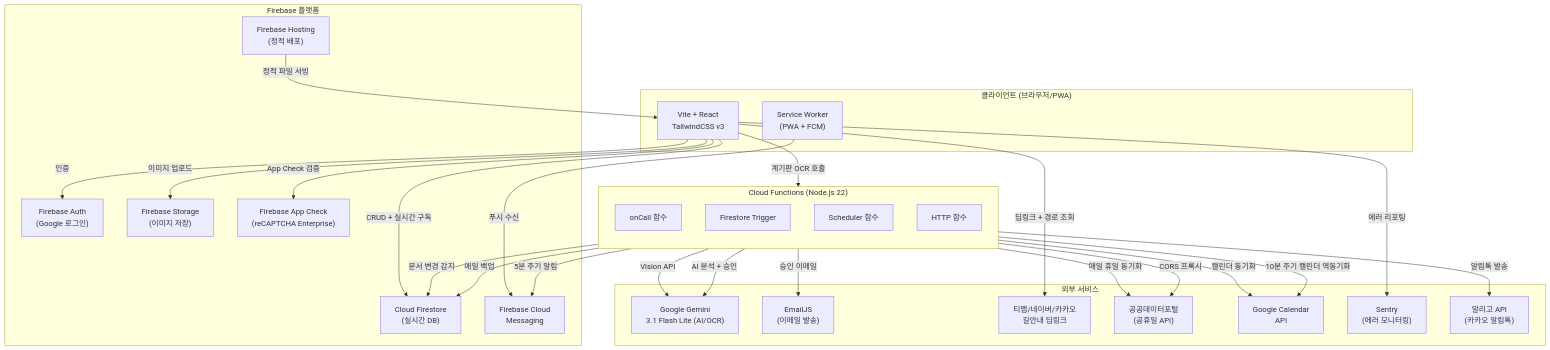
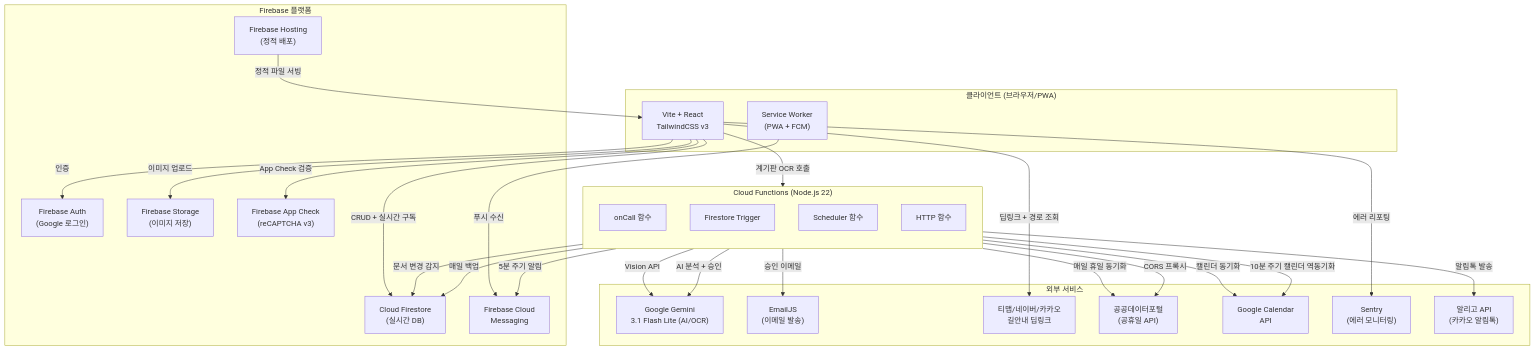
The first of 5 diagrams in docs/구현계획서.md (dreamworker0/vehicle-drive-log), drawn with Mermaid before and after one commit. The commit also changed other lines of this file and 3 other files, not shown here.

````diff
--- a/docs/구현계획서.md
+++ b/docs/구현계획서.md
@@ -35,57 +35,57 @@
 ```mermaid
 graph TB
     subgraph Client["클라이언트 (브라우저/PWA)"]
         FE["Vite + React<br/>TailwindCSS v3"]
         SW["Service Worker<br/>(PWA + FCM)"]
     end
 
     subgraph Firebase["Firebase 플랫폼"]
         AUTH["Firebase Auth<br/>(Google 로그인)"]
         FS["Cloud Firestore<br/>(실시간 DB)"]
         STORAGE["Firebase Storage<br/>(이미지 저장)"]
         HOSTING["Firebase Hosting<br/>(정적 배포)"]
         FCM["Firebase Cloud<br/>Messaging"]
-        APPCHECK["Firebase App Check<br/>(reCAPTCHA Enterprise)"]
+        APPCHECK["Firebase App Check<br/>(reCAPTCHA v3)"]
     end
 
     subgraph CF["Cloud Functions (Node.js 22)"]
         direction TB
         CF_CALL["onCall 함수"]
         CF_TRIGGER["Firestore Trigger"]
         CF_SCHEDULE["Scheduler 함수"]
         CF_HTTP["HTTP 함수"]
     end
 
     subgraph External["외부 서비스"]
         GEMINI["Google Gemini<br/>3.1 Flash Lite (AI/OCR)"]
         EMAILJS["EmailJS<br/>(이메일 발송)"]
         TMAP["티맵/네이버/카카오<br/>길안내 딥링크"]
         HOLIDAY["공공데이터포털<br/>(공휴일 API)"]
         GCAL["Google Calendar<br/>API"]
         SENTRY["Sentry<br/>(에러 모니터링)"]
         ALIMTALK["알리고 API<br/>(카카오 알림톡)"]
     end
 
     FE -->|인증| AUTH
     FE -->|App Check 검증| APPCHECK
     FE -->|CRUD + 실시간 구독| FS
     FE -->|이미지 업로드| STORAGE
     FE -->|계기판 OCR 호출| CF_CALL
     FE -->|딥링크 + 경로 조회| TMAP
     FE -->|에러 리포팅| SENTRY
     SW -->|푸시 수신| FCM
 
     CF_CALL -->|Vision API| GEMINI
     CF_TRIGGER -->|문서 변경 감지| FS
     CF_TRIGGER -->|AI 분석 + 승인| GEMINI
     CF_TRIGGER -->|승인 이메일| EMAILJS
     CF_TRIGGER -->|캘린더 동기화| GCAL
     CF_SCHEDULE -->|5분 주기 알림| FCM
     CF_SCHEDULE -->|10분 주기 캘린더 역동기화| GCAL
     CF_SCHEDULE -->|매일 백업| FS
     CF_SCHEDULE -->|매일 휴일 동기화| HOLIDAY
     CF_HTTP -->|CORS 프록시| HOLIDAY
     CF_CALL -->|알림톡 발송| ALIMTALK
 
     HOSTING -->|정적 파일 서빙| FE
 ```
````
